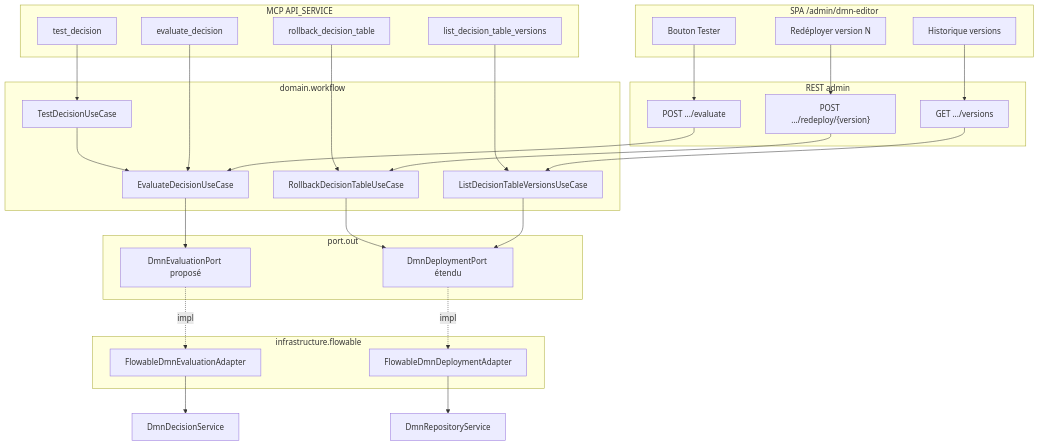
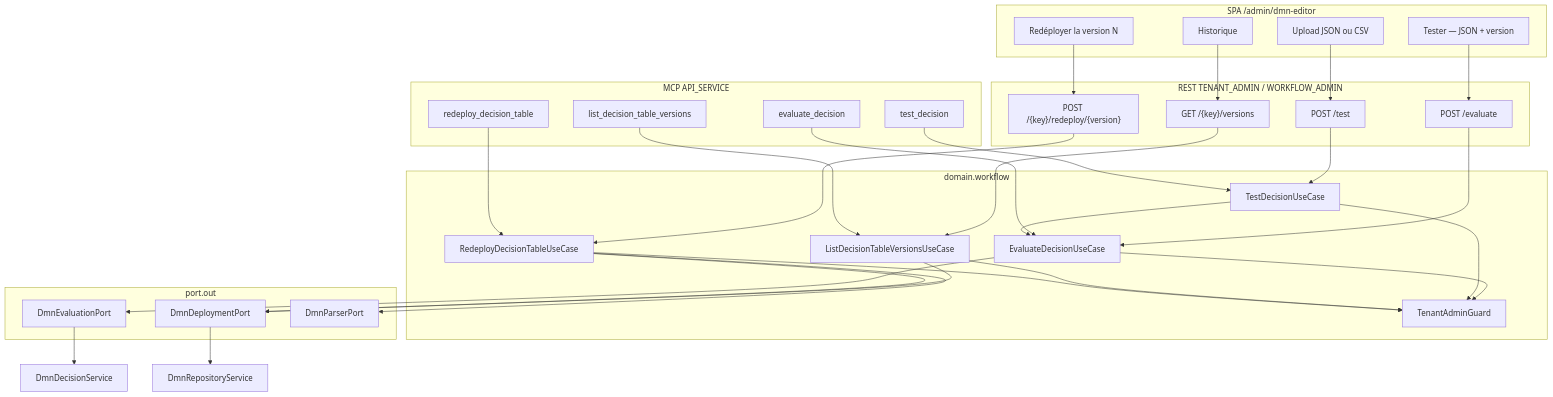
The diagram in docs/ai/design/2026-09-22-feature-outillage-dmn.md (superjojo79/Myrmacta), drawn with Mermaid before and after one commit. The commit also changed other lines of this file and 6 other files, not shown here.

````diff
--- a/docs/ai/design/2026-09-22-feature-outillage-dmn.md
+++ b/docs/ai/design/2026-09-22-feature-outillage-dmn.md
@@ -22,57 +59,61 @@
 ```mermaid
 graph TD
   subgraph FE["SPA /admin/dmn-editor"]
-    Tester[Bouton Tester]
-    HistoryUI[Historique versions]
-    Redeploy[Redéployer version N]
+    Tester["Tester — JSON + version"]
+    Suite["Upload JSON ou CSV"]
+    HistoryUI["Historique"]
+    Redeploy["Redéployer la version N"]
   end
 
-  subgraph REST["REST admin"]
-    EvalApi["POST .../evaluate"]
-    VersionsApi["GET .../versions"]
-    RollbackApi["POST .../redeploy/{version}"]
+  subgraph REST["REST TENANT_ADMIN / WORKFLOW_ADMIN"]
+    EvalApi["POST /evaluate"]
+    TestApi["POST /test"]
+    VersionsApi["GET /{key}/versions"]
+    RollbackApi["POST /{key}/redeploy/{version}"]
   end
 
   subgraph MCP["MCP API_SERVICE"]
     EvalTool[evaluate_decision]
     TestTool[test_decision]
     HistTool[list_decision_table_versions]
-    RbTool[rollback_decision_table]
+    RbTool[redeploy_decision_table]
   end
 
   subgraph Domain["domain.workflow"]
     EvalUc[EvaluateDecisionUseCase]
     TestUc[TestDecisionUseCase]
     ListVerUc[ListDecisionTableVersionsUseCase]
-    RollbackUc[RollbackDecisionTableUseCase]
+    RollbackUc[RedeployDecisionTableUseCase]
+    Guard[TenantAdminGuard]
   end
 
   subgraph Ports["port.out"]
-    DeployPort[DmnDeploymentPort étendu]
-    EvalPort[DmnEvaluationPort proposé]
-  end
-
-  subgraph Infra["infrastructure.flowable"]
-    DeployAdapter[FlowableDmnDeploymentAdapter]
-    EvalAdapter[FlowableDmnEvaluationAdapter]
+    DeployPort[DmnDeploymentPort]
+    EvalPort[DmnEvaluationPort]
+    Parser[DmnParserPort]
   end
 
   Tester --> EvalApi
+  Suite --> TestApi
   HistoryUI --> VersionsApi
   Redeploy --> RollbackApi
   EvalApi --> EvalUc
+  TestApi --> TestUc
   VersionsApi --> ListVerUc
   RollbackApi --> RollbackUc
   EvalTool --> EvalUc
   TestTool --> TestUc
   HistTool --> ListVerUc
   RbTool --> RollbackUc
+  EvalUc --> Guard
+  TestUc --> Guard
   TestUc --> EvalUc
+  ListVerUc --> Guard
+  RollbackUc --> Guard
+  RollbackUc --> Parser
   EvalUc --> EvalPort
   ListVerUc --> DeployPort
   RollbackUc --> DeployPort
-  EvalPort -.impl.-> EvalAdapter
-  DeployPort -.impl.-> DeployAdapter
-  EvalAdapter --> DmnDecisionService
-  DeployAdapter --> DmnRepositoryService
+  EvalPort --> DmnDecisionService
+  DeployPort --> DmnRepositoryService
 ```
````
